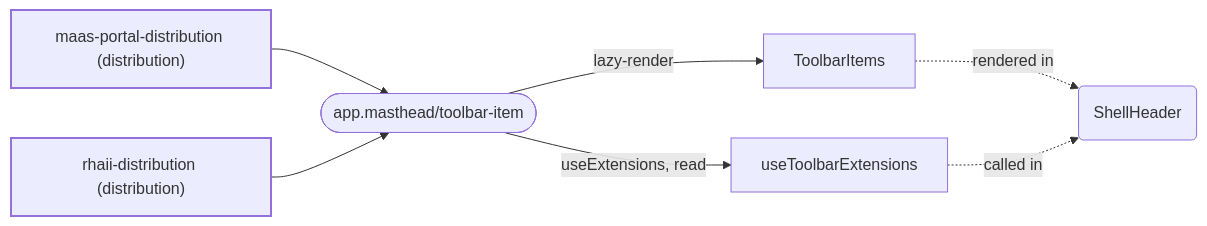
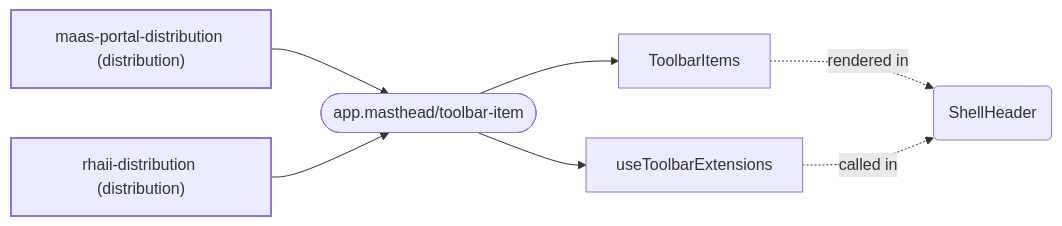
The fourth of 16 diagrams in packages/plugin-core/docs/extensions.md (mturley/odh-dashboard), drawn with Mermaid before and after one commit. The commit also changed other lines of this file and 28 other files, not shown here.

````diff
--- a/packages/plugin-core/docs/extensions.md
+++ b/packages/plugin-core/docs/extensions.md
@@ -454,17 +407,17 @@
 ```mermaid
 flowchart LR
   classDef pkg stroke-width:2px
   classDef point stroke-width:1px
   n_pkg__odh_dashboard_maas_portal_distribution_5c89ae["maas-portal-distribution (distribution)"]:::pkg
   n_pkg__odh_dashboard_rhaii_distribution_c06492["rhaii-distribution (distribution)"]:::pkg
   n_app_masthead_toolbar_item_2a7e87(["app.masthead/toolbar-item"]):::point
   n_pkg__odh_dashboard_maas_portal_distribution_5c89ae --> n_app_masthead_toolbar_item_2a7e87
   n_pkg__odh_dashboard_rhaii_distribution_c06492 --> n_app_masthead_toolbar_item_2a7e87
   n_symbol_distributions_base_src_ShellHeader_tsx_ToolbarItems_a3d094["ToolbarItems"]
-  n_app_masthead_toolbar_item_2a7e87 -- "lazy-render" --> n_symbol_distributions_base_src_ShellHeader_tsx_ToolbarItems_a3d094
+  n_app_masthead_toolbar_item_2a7e87 --> n_symbol_distributions_base_src_ShellHeader_tsx_ToolbarItems_a3d094
   n_symbol_distributions_base_src_ShellHeader_tsx_useToolbarExtensions_46a7b1["useToolbarExtensions"]
-  n_app_masthead_toolbar_item_2a7e87 -- "useExtensions, read" --> n_symbol_distributions_base_src_ShellHeader_tsx_useToolbarExtensions_46a7b1
+  n_app_masthead_toolbar_item_2a7e87 --> n_symbol_distributions_base_src_ShellHeader_tsx_useToolbarExtensions_46a7b1
   n_symbol_distributions_base_src_ShellHeader_tsx_ShellHeader_1645dc("ShellHeader")
   n_symbol_distributions_base_src_ShellHeader_tsx_ToolbarItems_a3d094 -. "rendered in" .-> n_symbol_distributions_base_src_ShellHeader_tsx_ShellHeader_1645dc
   n_symbol_distributions_base_src_ShellHeader_tsx_useToolbarExtensions_46a7b1 -. "called in" .-> n_symbol_distributions_base_src_ShellHeader_tsx_ShellHeader_1645dc
 ```
````
